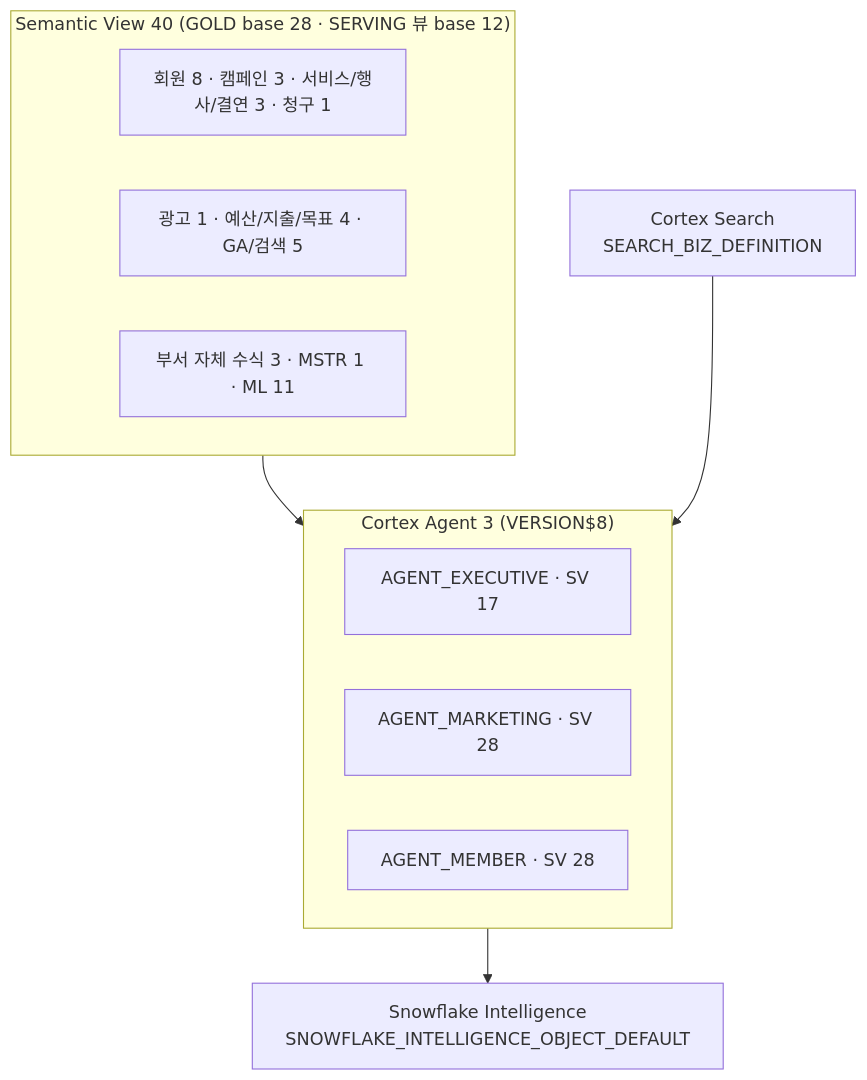
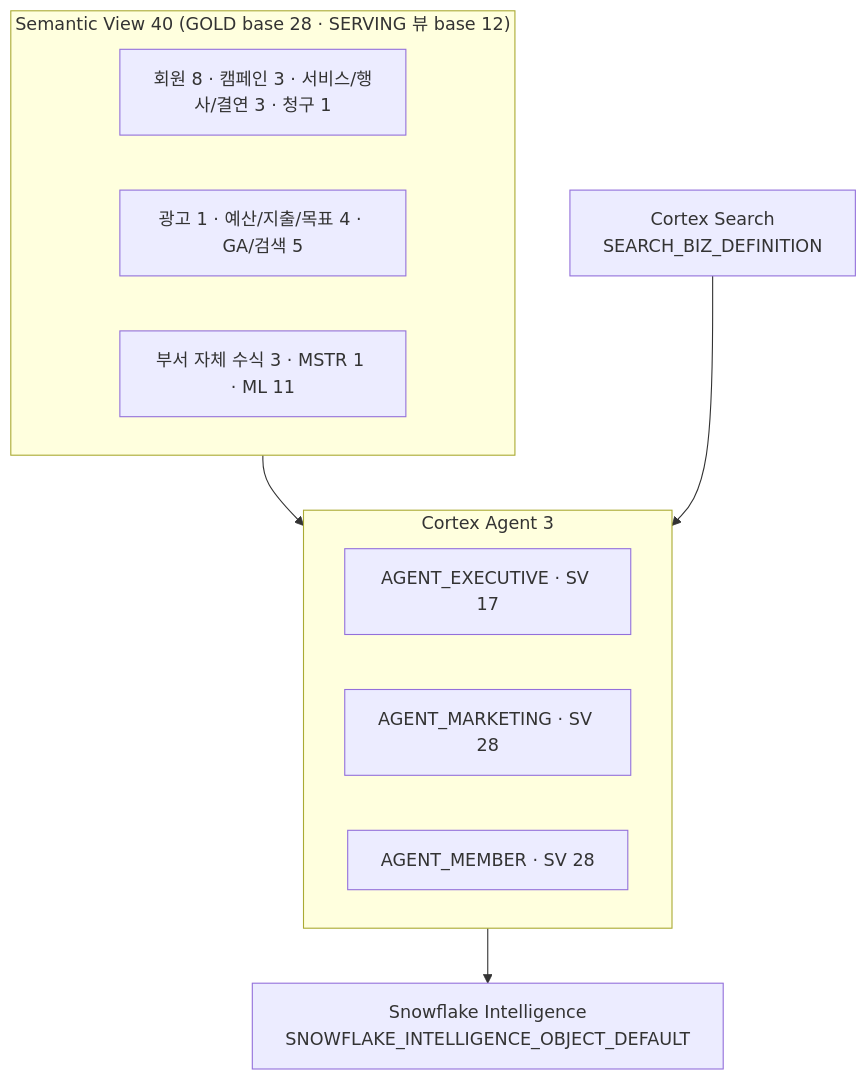
The fourth of 4 diagrams in 85_실제 인수인계 문서/20_정식산출물/D02_아키텍처정의서.md (cih0802/snowflake_files), drawn with Mermaid before and after one commit. The commit also changed other lines of this file and 439 other files, not shown here.

````diff
--- a/85_실제 인수인계 문서/20_정식산출물/D02_아키텍처정의서.md
+++ b/85_실제 인수인계 문서/20_정식산출물/D02_아키텍처정의서.md
@@ -132,17 +132,17 @@
 ```mermaid
 flowchart TB
   subgraph SV["Semantic View 40 (GOLD base 28 · SERVING 뷰 base 12)"]
     SVM["회원 8 · 캠페인 3 · 서비스/행사/결연 3 · 청구 1"]
     SVA["광고 1 · 예산/지출/목표 4 · GA/검색 5"]
     SVX["부서 자체 수식 3 · MSTR 1 · ML 11"]
   end
   CS["Cortex Search<br/>SEARCH_BIZ_DEFINITION"]
-  subgraph AG["Cortex Agent 3 (VERSION$8)"]
+  subgraph AG["Cortex Agent 3"]
     AE["AGENT_EXECUTIVE · SV 17"]
     AM["AGENT_MARKETING · SV 28"]
     AB["AGENT_MEMBER · SV 28"]
   end
   SV --> AG
   CS --> AG
   AG --> SI["Snowflake Intelligence<br/>SNOWFLAKE_INTELLIGENCE_OBJECT_DEFAULT"]
 ```
````
